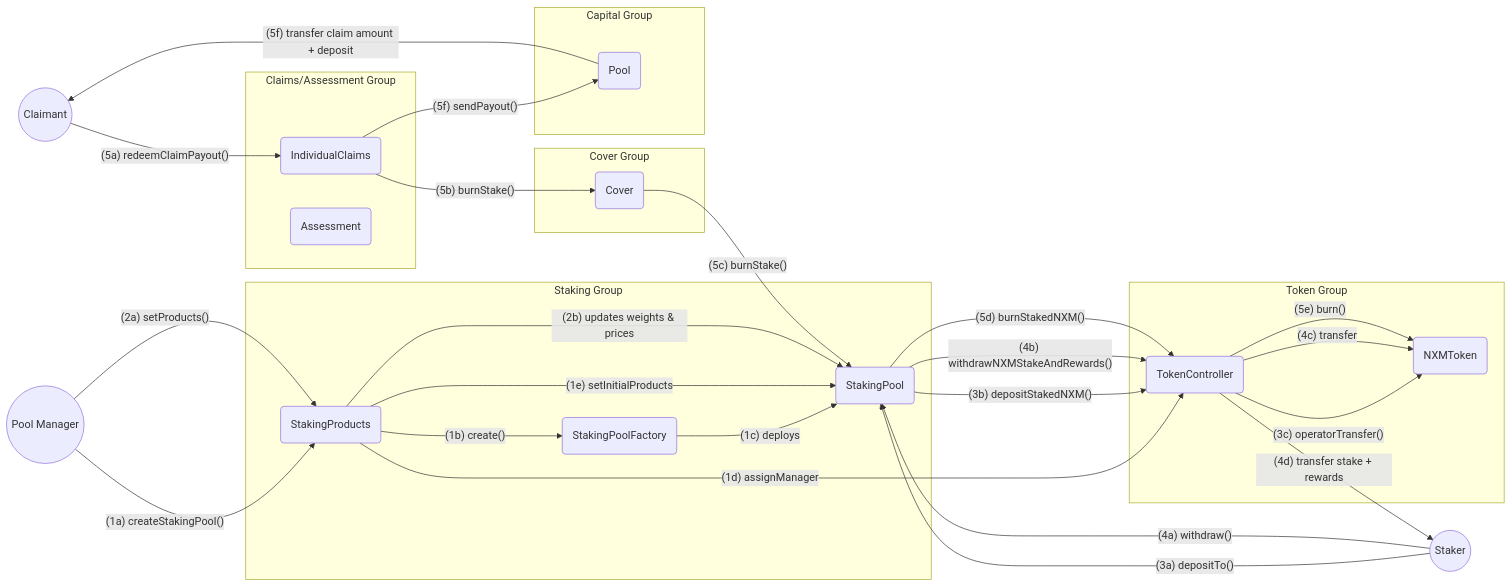
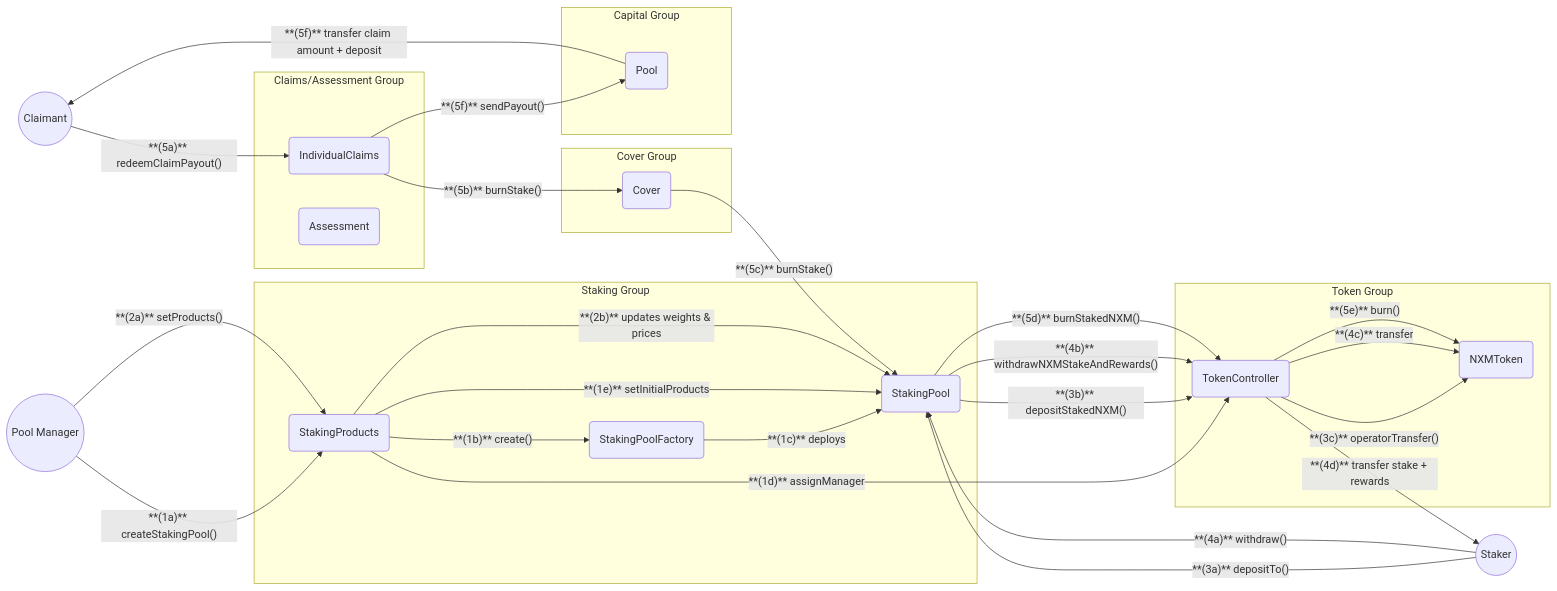
One commit to NexusMutual/smart-contracts changed the second of 2 diagrams in docs/diagrams/nexus-mutual.md. Above: the diagram before and after it, drawn with Mermaid. The commit also changed other lines of this file and 9 other files, not shown here.

Commit message:
docs: update diagrams docs

````diff
--- a/docs/diagrams/nexus-mutual.md
+++ b/docs/diagrams/nexus-mutual.md
@@ -113,63 +113,63 @@
 ```mermaid
 flowchart LR
     %% Actors & Contracts
     Manager(("Pool Manager"))
     Staker(("Staker"))
     Claimant(("Claimant"))
 
 
     subgraph "Staking Group"
       SPF("StakingPoolFactory")
       SP("StakingPool")
       SPd("StakingProducts")
     end
 
     subgraph "Token Group"
       TCO("TokenController")
       NXM("NXMToken")
     end
 
     subgraph "Claims/Assessment Group"
       IC("IndividualClaims")
       AS("Assessment")
     end
 
     subgraph "Cover Group"
       CoverC("Cover")
     end
 
     subgraph "Capital Group"
       PoolC("Pool")
     end
 
     %% 1. Create Pool (single tx)
-    Manager -->|"(1a) createStakingPool()"| SPd
-    SPd -->|"(1b) create()"| SPF
-    SPF -->|"(1c) deploys"| SP
-    SPd -->|"(1d) assignManager"| TCO
-    SPd -->|"(1e) setInitialProducts"| SP
+    Manager -->|"**(1a)** createStakingPool()"| SPd
+    SPd -->|"**(1b)** create()"| SPF
+    SPF -->|"**(1c)** deploys"| SP
+    SPd -->|"**(1d)** assignManager"| TCO
+    SPd -->|"**(1e)** setInitialProducts"| SP
 
     %% 2. Update Products (single tx)
-    Manager -->|"(2a) setProducts()"| SPd
-    SPd -->|"(2b) updates weights & prices"| SP
+    Manager -->|"**(2a)** setProducts()"| SPd
+    SPd -->|"**(2b)** updates weights & prices"| SP
 
     %% 3. Deposit NXM (single tx)
-    Staker -->|"(3a) depositTo()"| SP
-    SP -->|"(3b) depositStakedNXM()"| TCO
-    TCO -->|"(3c) operatorTransfer()"| NXM
+    Staker -->|"**(3a)** depositTo()"| SP
+    SP -->|"**(3b)** depositStakedNXM()"| TCO
+    TCO -->|"**(3c)** operatorTransfer()"| NXM
 
     %% 4. Withdraw (single tx)
-    Staker -->|"(4a) withdraw()"| SP
-    SP -->|"(4b) withdrawNXMStakeAndRewards()"| TCO
-    TCO -->|"(4c) transfer"| NXM
-    TCO -->|"(4d) transfer stake + rewards"| Staker
+    Staker -->|"**(4a)** withdraw()"| SP
+    SP -->|"**(4b)** withdrawNXMStakeAndRewards()"| TCO
+    TCO -->|"**(4c)** transfer"| NXM
+    TCO -->|"**(4d)** transfer stake + rewards"| Staker
 
     %% 5. Burn and Payout on Claim (single tx)
-    Claimant -->|"(5a) redeemClaimPayout()"| IC
-    IC -->|"(5b) burnStake()"| CoverC
-    CoverC -->|"(5c) burnStake()"| SP
-    SP -->|"(5d) burnStakedNXM()"| TCO
-    TCO -->|"(5e) burn()"| NXM
-    IC -->|"(5f) sendPayout()"| PoolC
-    PoolC -->|"(5f) transfer claim amount + deposit"| Claimant
+    Claimant -->|"**(5a)** redeemClaimPayout()"| IC
+    IC -->|"**(5b)** burnStake()"| CoverC
+    CoverC -->|"**(5c)** burnStake()"| SP
+    SP -->|"**(5d)** burnStakedNXM()"| TCO
+    TCO -->|"**(5e)** burn()"| NXM
+    IC -->|"**(5f)** sendPayout()"| PoolC
+    PoolC -->|"**(5f)** transfer claim amount + deposit"| Claimant
 ```
````
